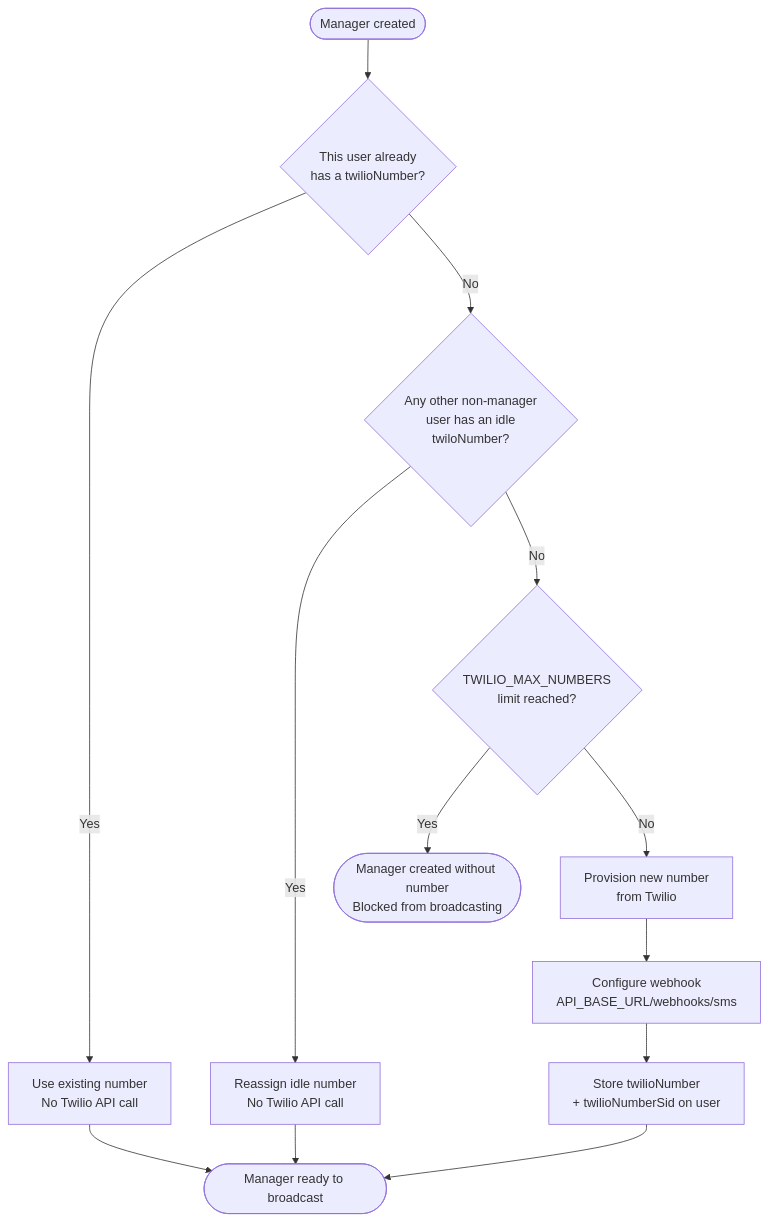
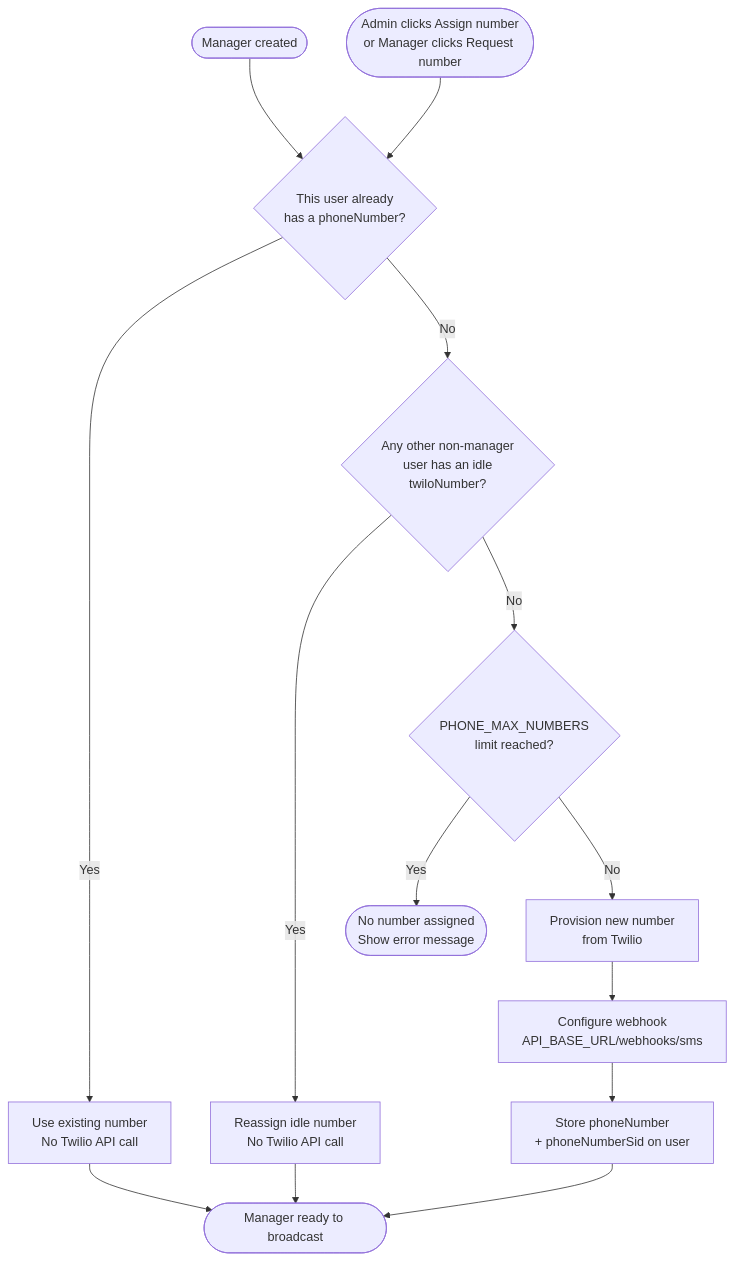
One commit to Elyasaflehrer/reportloop changed the diagram in backend/docs/per-manager-phone-numbers.md. Above: the diagram before and after it, drawn with Mermaid. The commit also changed other lines of this file and 6 other files, not shown here.

First line of the commit message:
docs: per-manager phone strategy, implementation plan, and deployment notes

````diff
--- a/backend/docs/per-manager-phone-numbers.md
+++ b/backend/docs/per-manager-phone-numbers.md
@@ -49,22 +51,25 @@
 ```mermaid
 flowchart TD
-    A([Manager created]) --> B{This user already\nhas a twilioNumber?}
+    T1([Manager created]) --> B
+    T2([Admin clicks Assign number\nor Manager clicks Request number]) --> B
+
+    B{This user already\nhas a phoneNumber?}
 
     B -- Yes --> C[Use existing number\nNo Twilio API call]
 
     B -- No --> D{Any other non-manager\nuser has an idle\ntwiloNumber?}
 
     D -- Yes --> E[Reassign idle number\nNo Twilio API call]
 
-    D -- No --> F{TWILIO_MAX_NUMBERS\nlimit reached?}
+    D -- No --> F{PHONE_MAX_NUMBERS\nlimit reached?}
 
-    F -- Yes --> G([Manager created without number\nBlocked from broadcasting])
+    F -- Yes --> G([No number assigned\nShow error message])
 
     F -- No --> H[Provision new number\nfrom Twilio]
     H --> I[Configure webhook\nAPI_BASE_URL/webhooks/sms]
-    I --> J[Store twilioNumber\n+ twilioNumberSid on user]
+    I --> J[Store phoneNumber\n+ phoneNumberSid on user]
 
     C --> K([Manager ready to broadcast])
     E --> K
     J --> K
 ```
````
